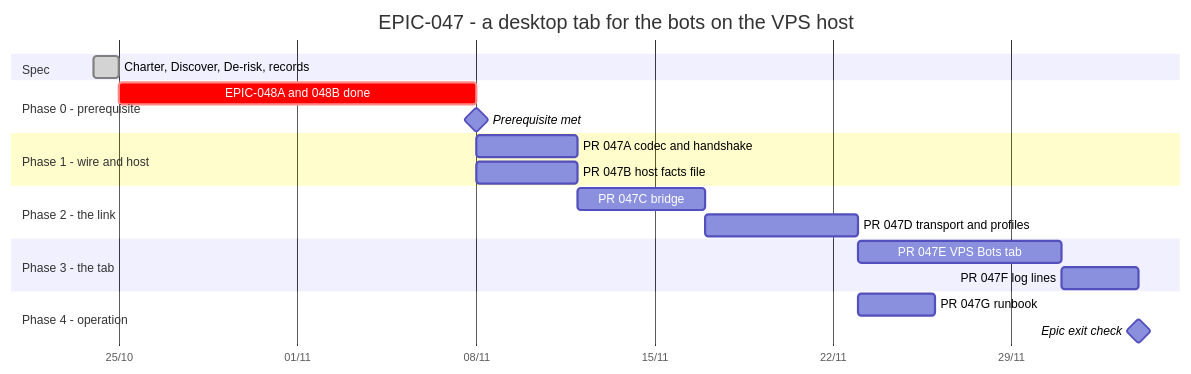
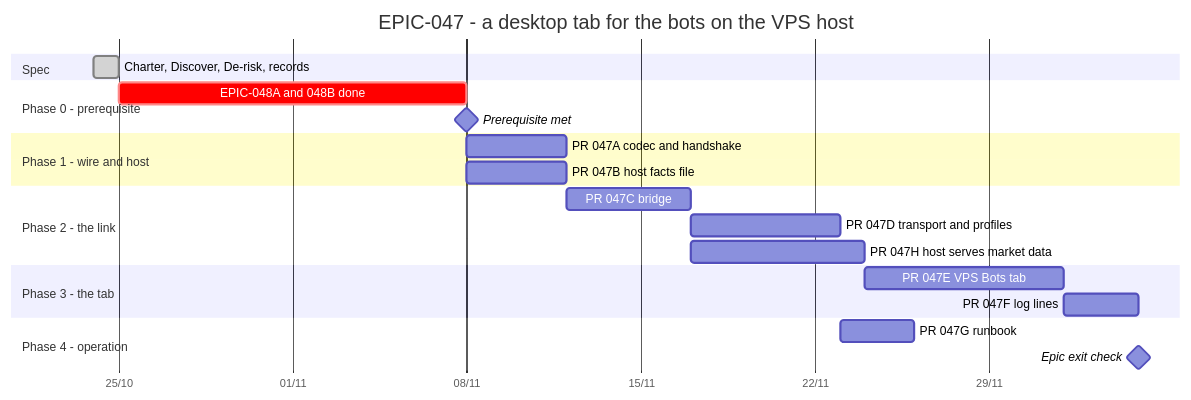
One commit to anhembedded/Sagittarius_Elite_Warrior changed the diagram in Tasks/epics/EPIC-047_vps_bots_tab/TRACKING.md. Above: the diagram before and after it, drawn with Mermaid. The commit also changed other lines of this file and 9 other files, not shown here.

````diff
--- a/Tasks/epics/EPIC-047_vps_bots_tab/TRACKING.md
+++ b/Tasks/epics/EPIC-047_vps_bots_tab/TRACKING.md
@@ -12,30 +12,31 @@
 ```mermaid
 gantt
     title EPIC-047 - a desktop tab for the bots on the VPS host
     dateFormat  YYYY-MM-DD
     axisFormat  %d/%m
     todayMarker stroke-width:2px,stroke:#d33,opacity:0.6
 
     section Spec
     Charter, Discover, De-risk, records   :done,    s1, 2026-10-24, 1d
 
     section Phase 0 - prerequisite
     EPIC-048A and 048B done               :crit,    p0, after s1, 14d
     Prerequisite met                      :milestone, m0, after p0, 0d
 
     section Phase 1 - wire and host
     PR 047A codec and handshake           :         p1, after m0, 4d
     PR 047B host facts file               :         p2, after m0, 4d
 
     section Phase 2 - the link
     PR 047C bridge                        :         p3, after p1, 5d
     PR 047D transport and profiles        :         p4, after p3, 6d
+    PR 047H host serves market data       :         p8, after p3, 7d
 
     section Phase 3 - the tab
-    PR 047E VPS Bots tab                  :         p5, after p4, 8d
+    PR 047E VPS Bots tab                  :         p5, after p4 p8, 8d
     PR 047F log lines                     :         p6, after p5, 3d
 
     section Phase 4 - operation
     PR 047G runbook                       :         p7, after p4, 3d
     Epic exit check                       :milestone, m1, after p6, 0d
 ```
````
